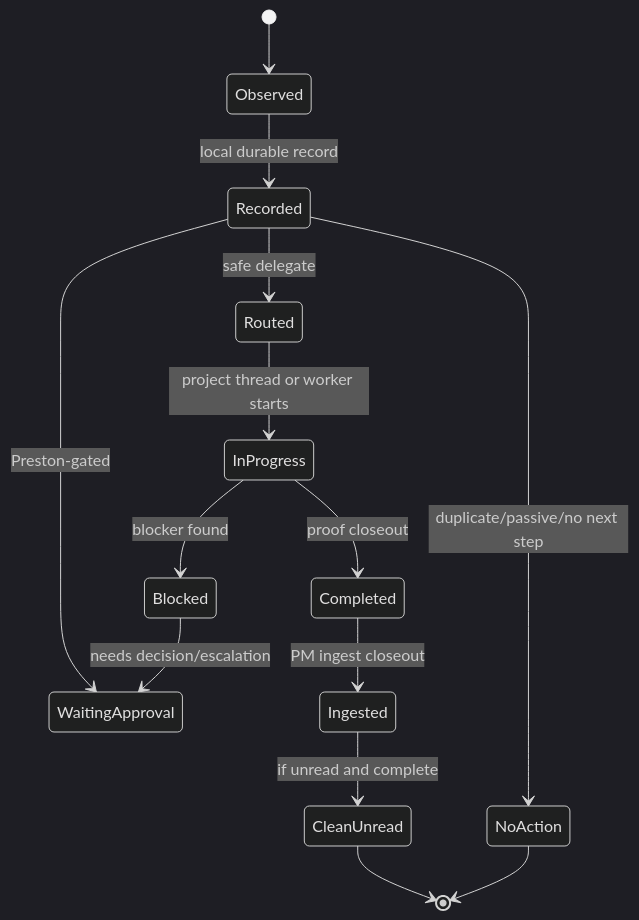
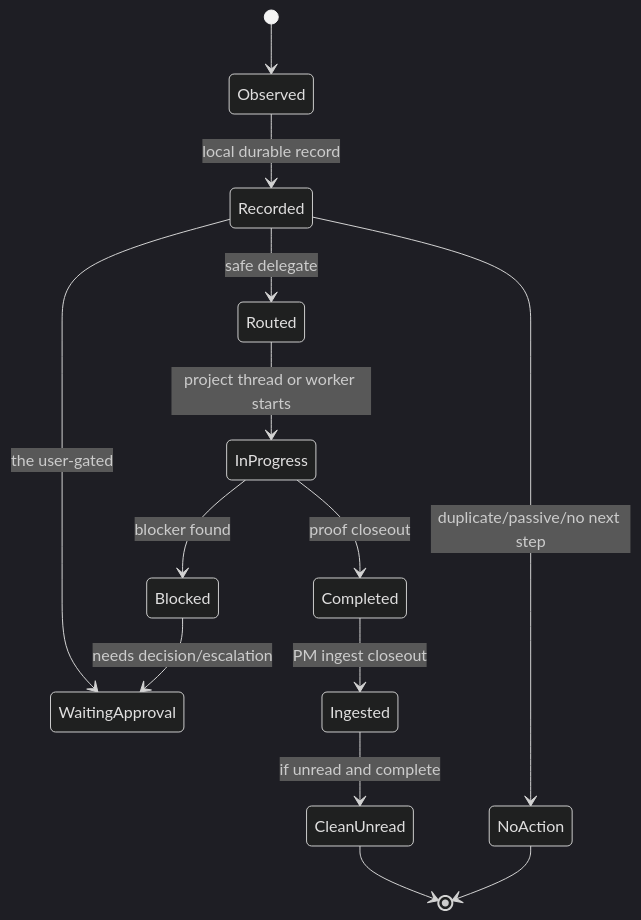
The fourth of 7 diagrams in docs/pm-systems/architecture.md (Splintered-Glass-Solutions/SGS_skills), drawn with Mermaid (dark theme) before and after one commit. The commit also changed other lines of this file and 162 other files, not shown here.

````diff
--- a/docs/pm-systems/architecture.md
+++ b/docs/pm-systems/architecture.md
@@ -118,16 +118,16 @@
 ```mermaid
 stateDiagram-v2
   [*] --> Observed
   Observed --> Recorded: local durable record
   Recorded --> Routed: safe delegate
-  Recorded --> WaitingApproval: Preston-gated
+  Recorded --> WaitingApproval: the user-gated
   Recorded --> NoAction: duplicate/passive/no next step
   Routed --> InProgress: project thread or worker starts
   InProgress --> Blocked: blocker found
   InProgress --> Completed: proof closeout
   Blocked --> WaitingApproval: needs decision/escalation
   Completed --> Ingested: PM ingest closeout
   Ingested --> CleanUnread: if unread and complete
   CleanUnread --> [*]
   NoAction --> [*]
 ```
````
